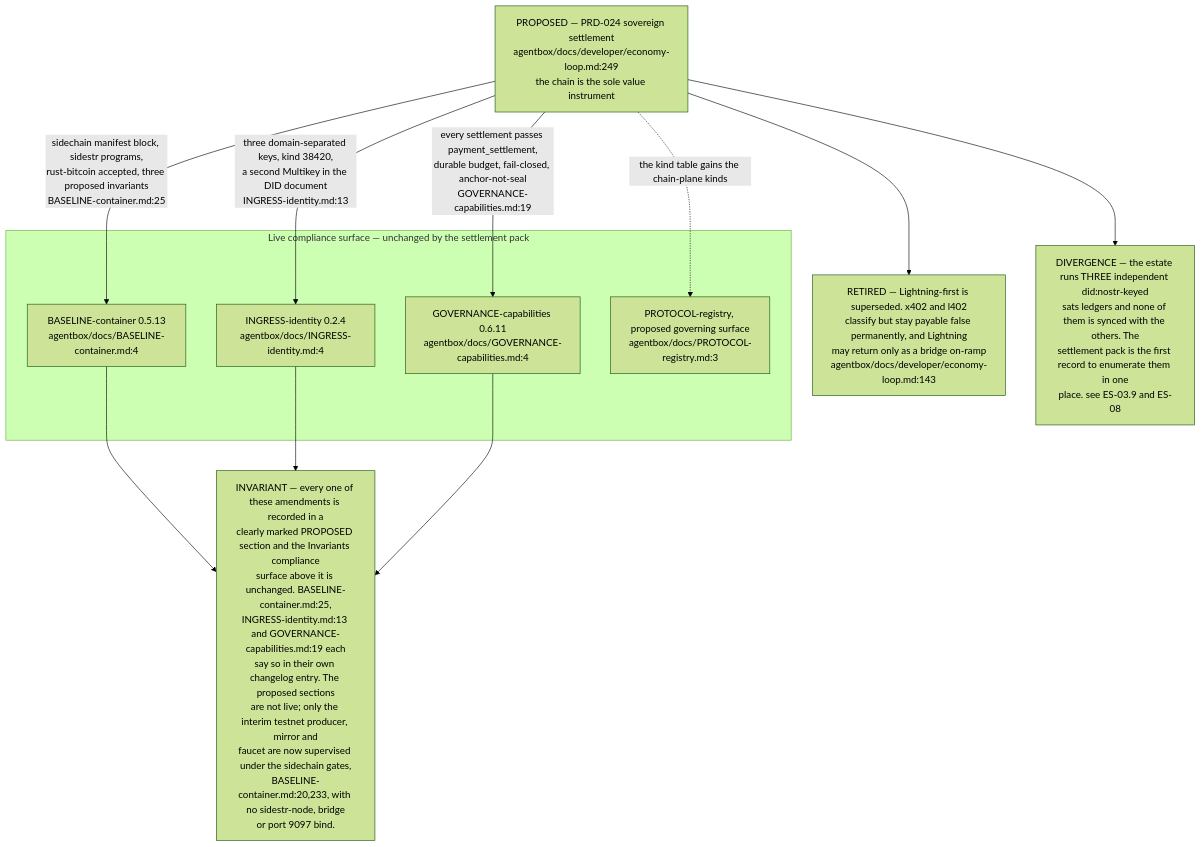
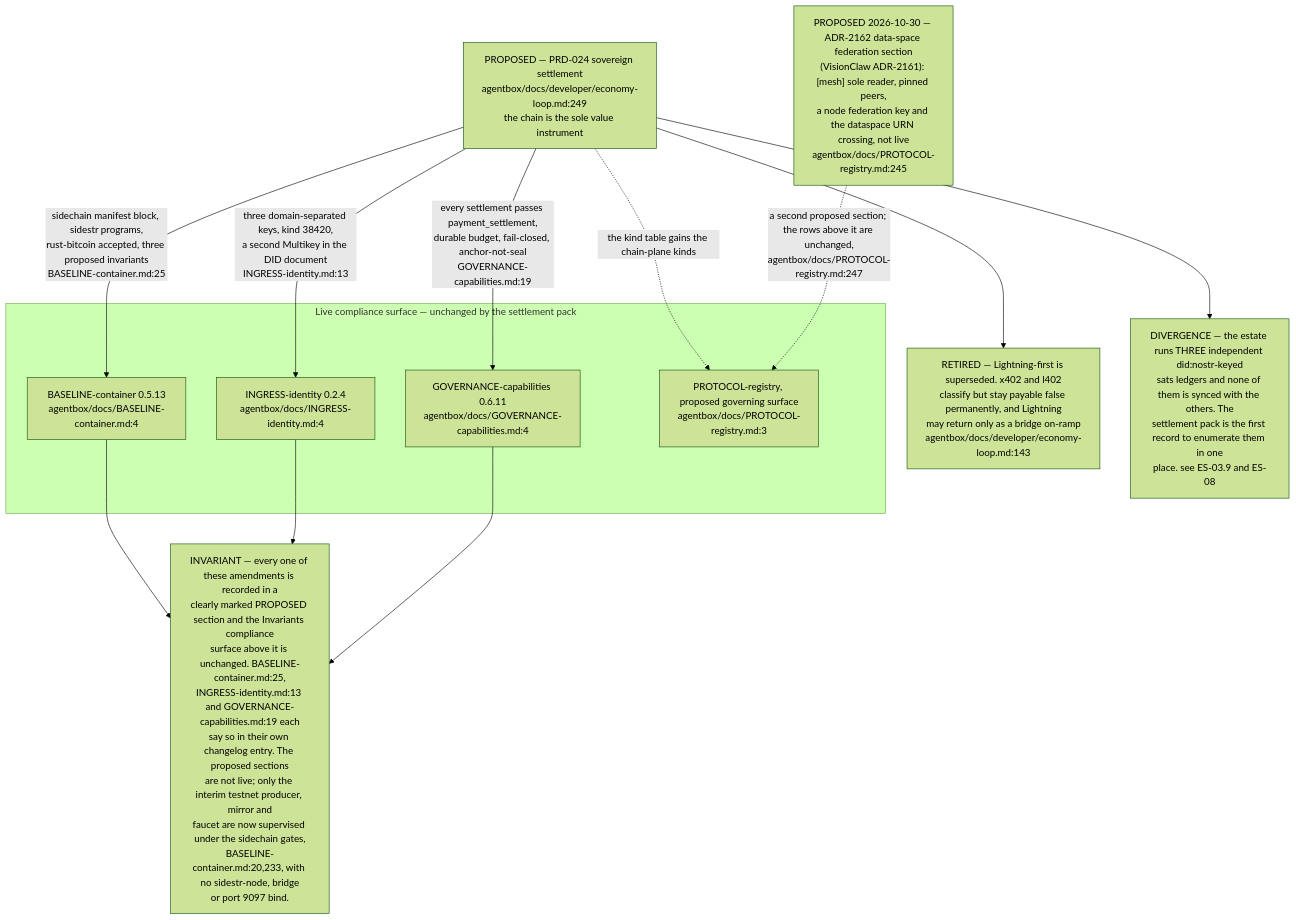
One commit to DreamLab-AI/VisionFlow changed the eighth of 8 diagrams in docs/diagrams/estate/01-estate-topology.md. Above: the diagram before and after it, drawn with Mermaid (forest theme). The commit also changed other lines of this file and 151 other files, not shown here.

````diff
--- a/docs/diagrams/estate/01-estate-topology.md
+++ b/docs/diagrams/estate/01-estate-topology.md
@@ -334,27 +334,30 @@
 ```mermaid
 flowchart TB
     subgraph LIVE["Live compliance surface — unchanged by the settlement pack"]
         BC["BASELINE-container 0.5.13<br/>agentbox/docs/BASELINE-container.md:4"]
         IG["INGRESS-identity 0.2.4<br/>agentbox/docs/INGRESS-identity.md:4"]
         GC["GOVERNANCE-capabilities 0.6.11<br/>agentbox/docs/GOVERNANCE-capabilities.md:4"]
         PR["PROTOCOL-registry, proposed governing surface<br/>agentbox/docs/PROTOCOL-registry.md:3"]
     end
 
     PRD["PROPOSED — PRD-024 sovereign settlement<br/>agentbox/docs/developer/economy-loop.md:249<br/>the chain is the sole value instrument"]
 
     PRD -->|"sidechain manifest block, sidestr programs,<br/>rust-bitcoin accepted, three proposed invariants<br/>BASELINE-container.md:25"| BC
     PRD -->|"three domain-separated keys, kind 38420,<br/>a second Multikey in the DID document<br/>INGRESS-identity.md:13"| IG
     PRD -->|"every settlement passes payment_settlement,<br/>durable budget, fail-closed, anchor-not-seal<br/>GOVERNANCE-capabilities.md:19"| GC
     PRD -.->|"the kind table gains the chain-plane kinds"| PR
 
+    FED["PROPOSED 2026-10-30 — ADR-2162 data-space federation section<br/>(VisionClaw ADR-2161): [mesh] sole reader, pinned peers,<br/>a node federation key and the dataspace URN crossing, not live<br/>agentbox/docs/PROTOCOL-registry.md:245"]
+    FED -.->|"a second proposed section; the rows above it are unchanged,<br/>agentbox/docs/PROTOCOL-registry.md:247"| PR
+
     RET["RETIRED — Lightning-first is superseded. x402 and l402<br/>classify but stay payable false permanently, and Lightning<br/>may return only as a bridge on-ramp<br/>agentbox/docs/developer/economy-loop.md:143"]
     PRD --> RET
 
     INV["INVARIANT — every one of these amendments is recorded in a<br/>clearly marked PROPOSED section and the Invariants compliance<br/>surface above it is unchanged. BASELINE-container.md:25,<br/>INGRESS-identity.md:13 and GOVERNANCE-capabilities.md:19 each<br/>say so in their own changelog entry. The proposed sections<br/>are not live; only the interim testnet producer, mirror and<br/>faucet are now supervised under the sidechain gates,<br/>BASELINE-container.md:20,233, with no sidestr-node, bridge<br/>or port 9097 bind."]
     BC --> INV
     IG --> INV
     GC --> INV
 
     LEDG["DIVERGENCE — the estate runs THREE independent did:nostr-keyed<br/>sats ledgers and none of them is synced with the others. The<br/>settlement pack is the first record to enumerate them in one<br/>place. see ES-03.9 and ES-08"]
     PRD --> LEDG
 ```
````
